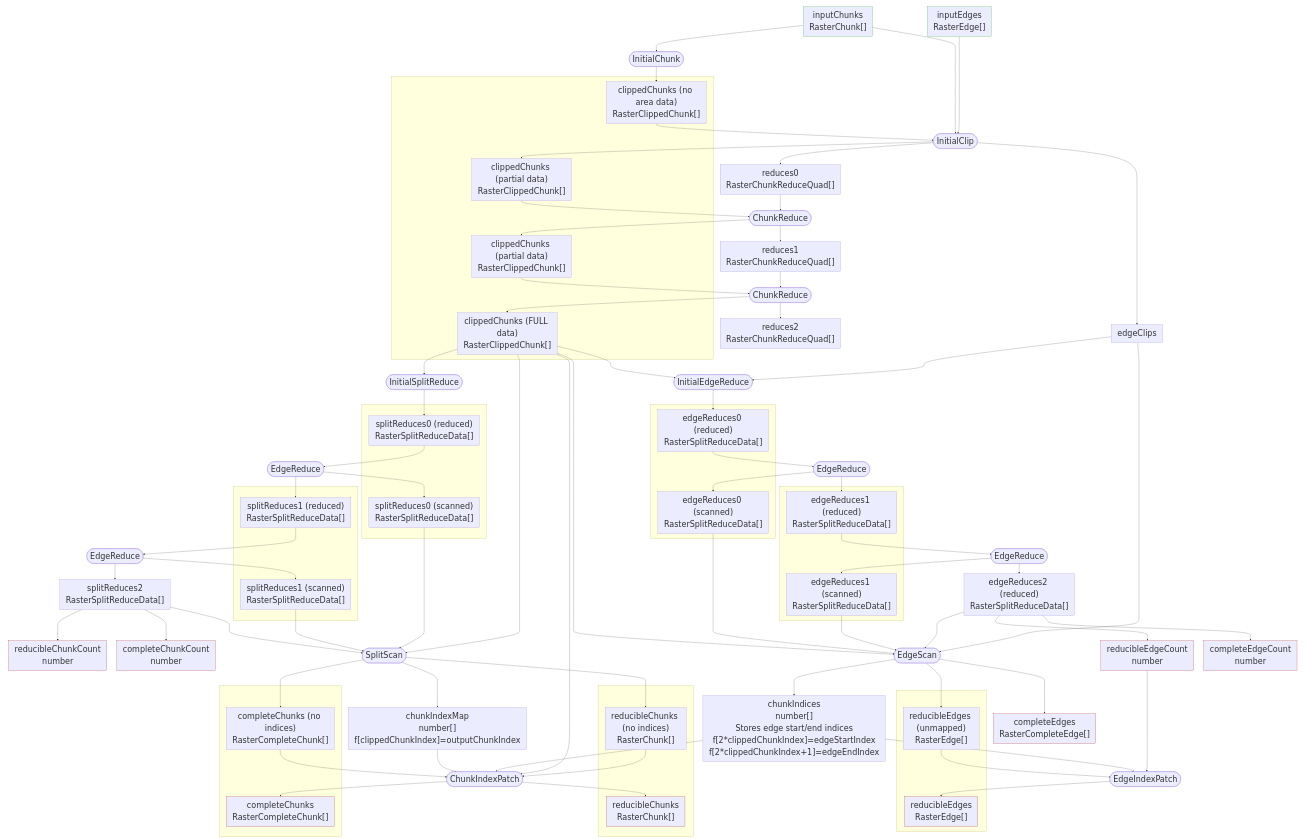
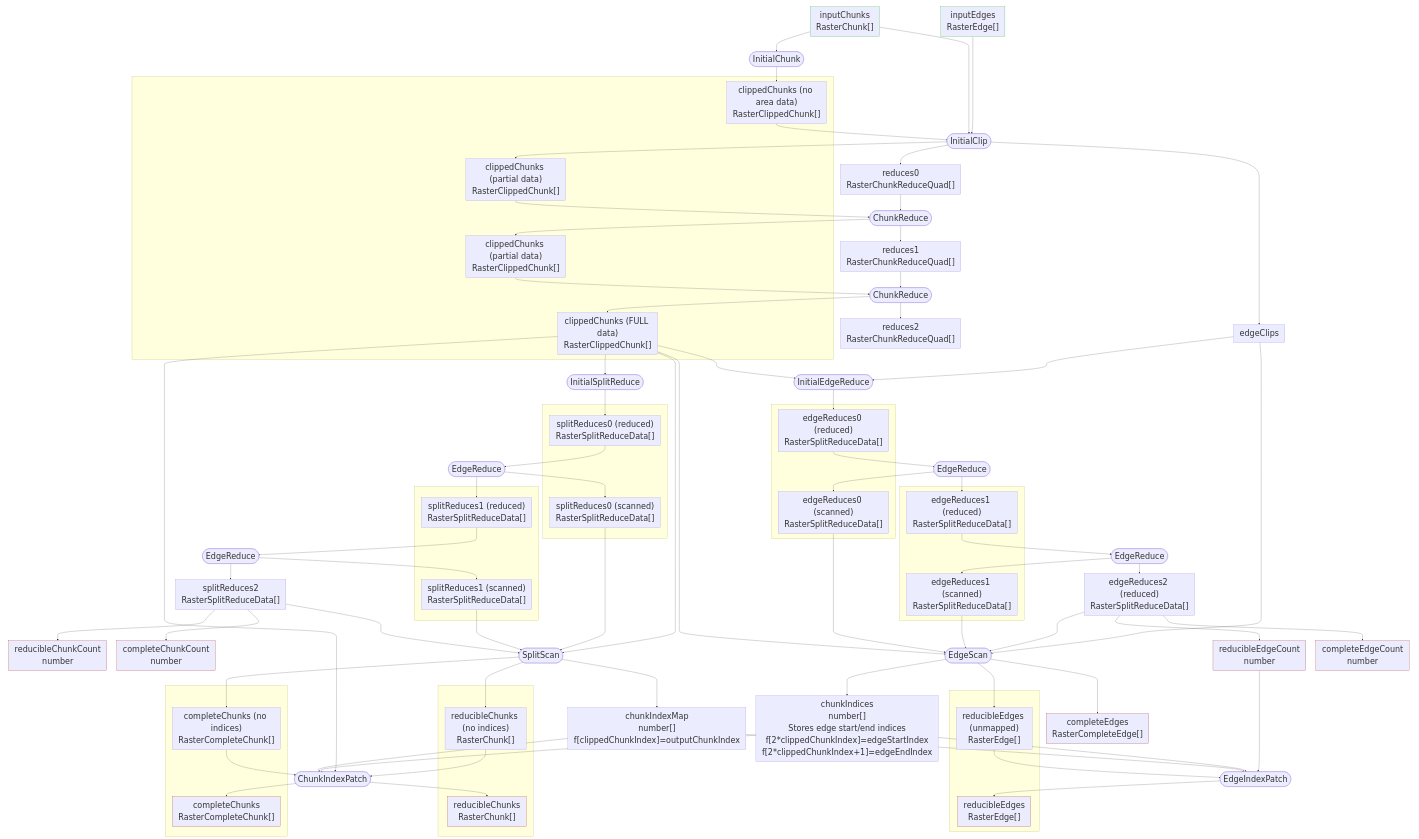
The diagram in doc/raster-clip.md (phetsims/alpenglow), drawn with Mermaid before and after one commit. The commit also changed 2 other files, not shown here.

Commit message:
Index patch docs, diagram fix

```diff
--- a/doc/raster-clip.md
+++ b/doc/raster-clip.md
@@ -54,7 +54,7 @@
     EdgeScan --> completeEdges
     EdgeScan --> chunkIndices["chunkIndices<br>number[]<br>Stores edge start/end indices<br>f[2*clippedChunkIndex]=edgeStartIndex<br>f[2*clippedChunkIndex+1]=edgeEndIndex"]
 
-    chunkIndices & reducibleEdgeCount & reducibleEdges0 --> EdgeIndexPatch([EdgeIndexPatch]) --> reducibleEdges1
+    chunkIndexMap & chunkIndices & reducibleEdgeCount & reducibleEdges0 --> EdgeIndexPatch([EdgeIndexPatch]) --> reducibleEdges1
 
     clippedChunks3 --> InitialSplitReduce --> splitReduces0reduce
     splitReduces0reduce --> EdgeReduceX --> splitReduces0scan & splitReduces1reduce
```
